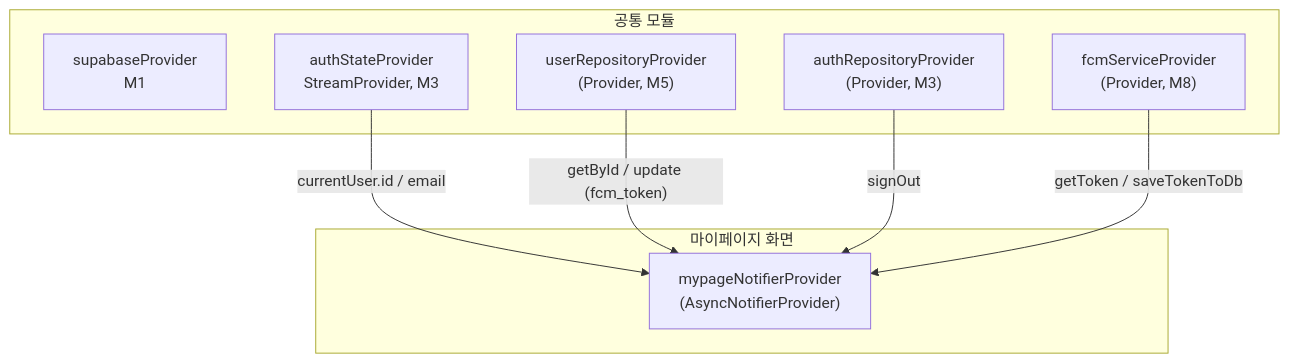
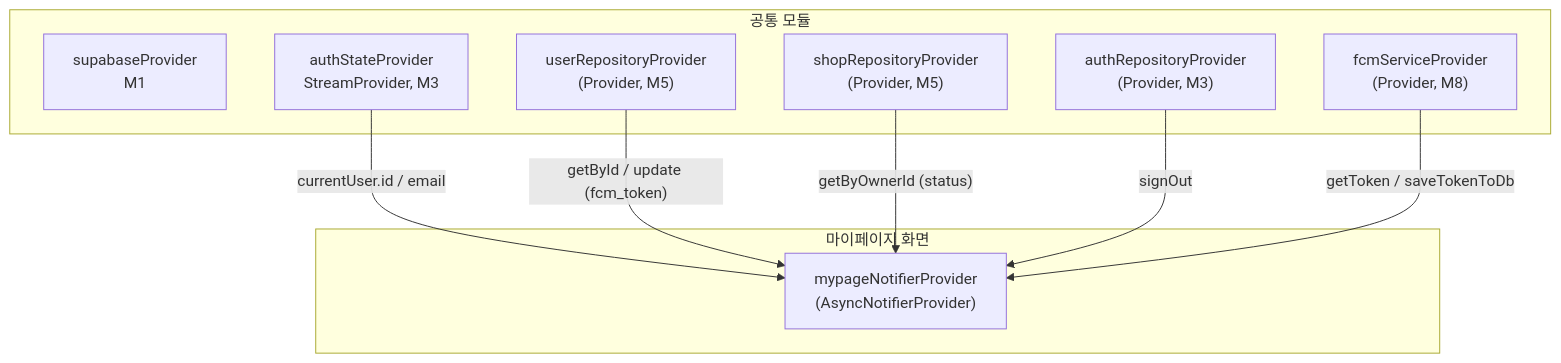
Before and after one commit to Pakkoc/badminton_app: the diagram in docs/pages/mypage/state.md, drawn with Mermaid. The commit also changed other lines of this file and 9 other files, not shown here.

First line of the commit message:
docs: 샵 등록 승인 플로우 SOT 문서 동기화

````diff
--- a/docs/pages/mypage/state.md
+++ b/docs/pages/mypage/state.md
@@ -61,19 +65,21 @@
 ```mermaid
 flowchart TD
     subgraph 공통_모듈["공통 모듈"]
         SP[supabaseProvider<br/>M1]
         AUTH[authStateProvider<br/>StreamProvider, M3]
         authRepository["authRepositoryProvider\n(Provider, M3)"]
         userRepository["userRepositoryProvider\n(Provider, M5)"]
+        shopRepository["shopRepositoryProvider\n(Provider, M5)"]
         fcmService["fcmServiceProvider\n(Provider, M8)"]
     end
 
     subgraph 마이페이지_화면["마이페이지 화면"]
         mypageNotifier["mypageNotifierProvider\n(AsyncNotifierProvider)"]
     end
 
     AUTH -->|"currentUser.id / email"| mypageNotifier
     userRepository -->|"getById / update (fcm_token)"| mypageNotifier
+    shopRepository -->|"getByOwnerId (status)"| mypageNotifier
     authRepository -->|"signOut"| mypageNotifier
     fcmService -->|"getToken / saveTokenToDb"| mypageNotifier
 ```
````
